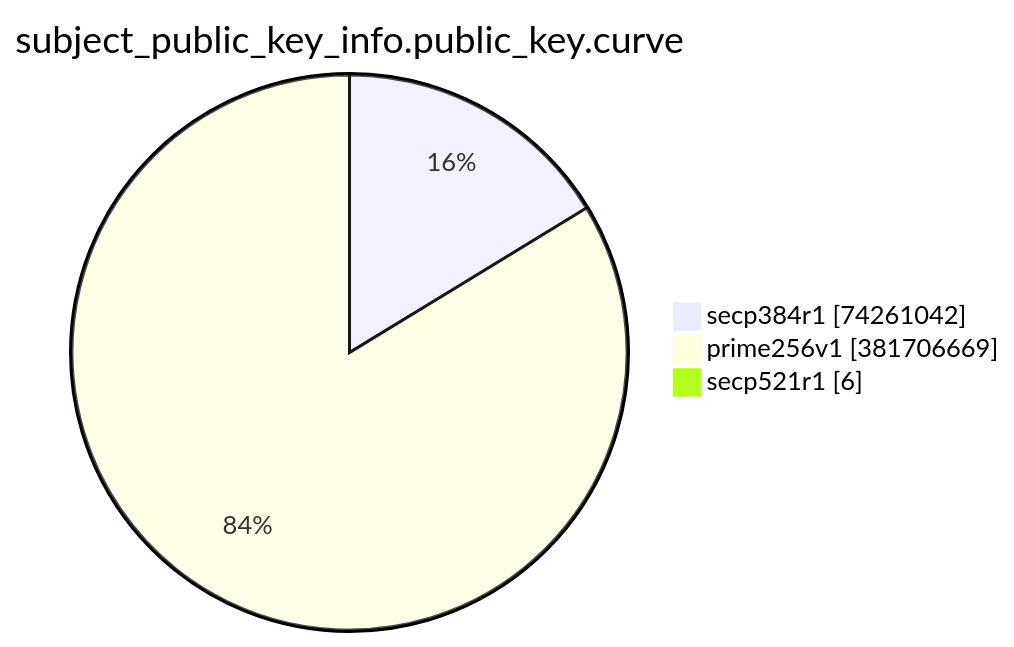
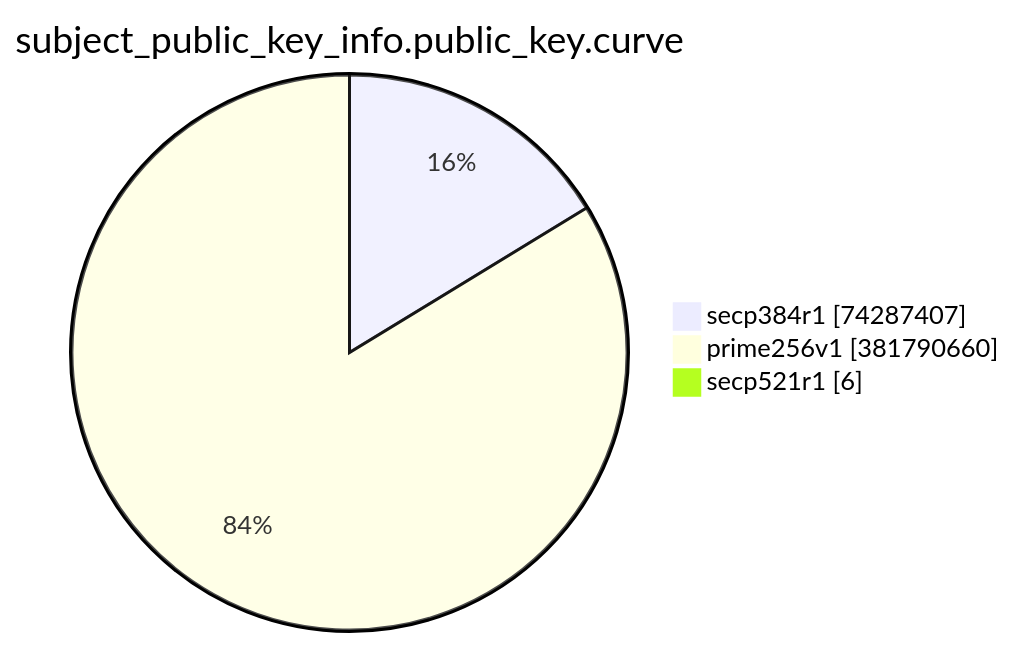
One commit to christiankrug/ctmonitor_visualization changed the eighth of 15 diagrams in TOTAL/README.md. Above: the diagram before and after it, drawn with Mermaid. The commit also changed other lines of this file, not shown here.

````diff
--- a/TOTAL/README.md
+++ b/TOTAL/README.md
@@ -3094,7 +3094,7 @@
 ```mermaid
 pie showData
 title subject_public_key_info.public_key.curve
-"secp384r1" :74261042
-"prime256v1" :381706669
+"secp384r1" :74287407
+"prime256v1" :381790660
 "secp521r1" :6
 ```
````
